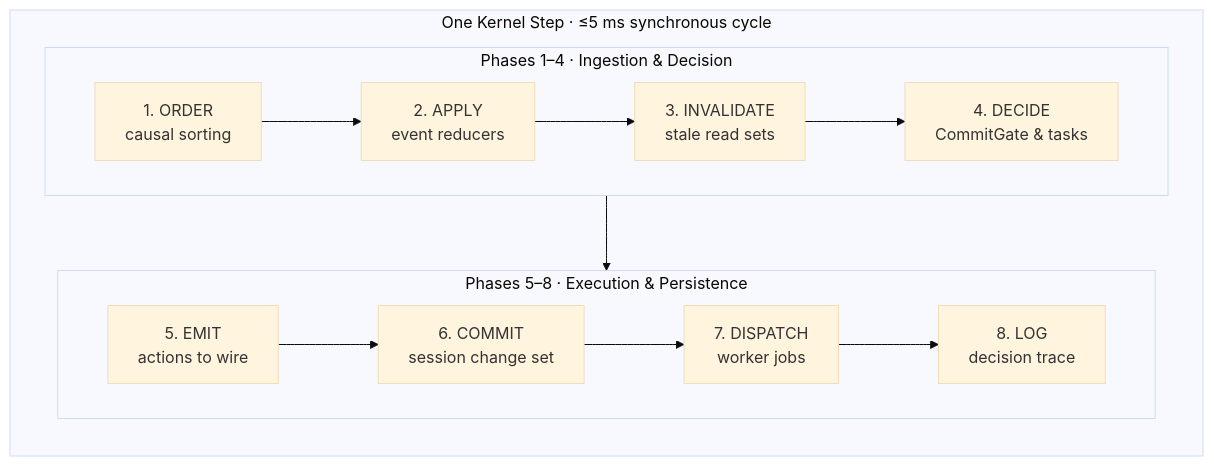
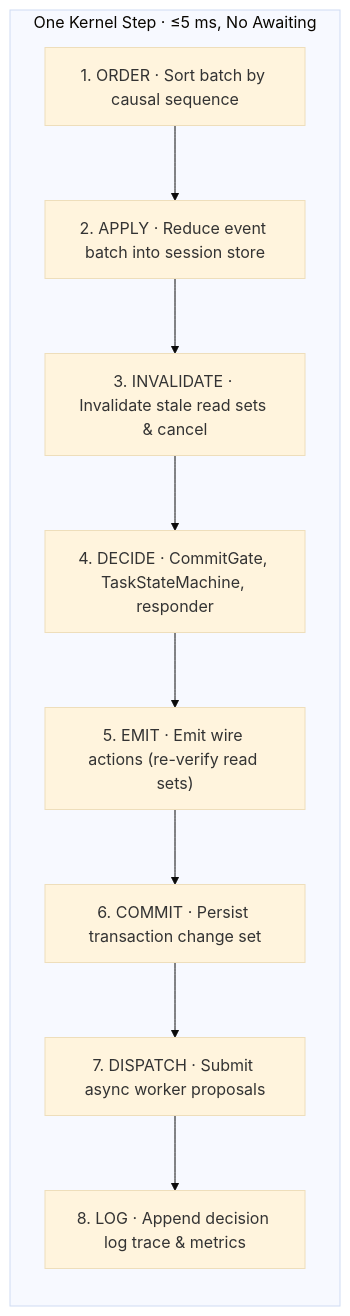
The fifth of 6 diagrams in README.md (AdithyaSanthosh-P/Janus), drawn with Mermaid (base theme) before and after one commit. The commit also changed other lines of this file, not shown here.

Commit message:
Modify the readme to fix diagram rendering issues

````diff
--- a/README.md
+++ b/README.md
@@ -216,19 +224,15 @@
 ```mermaid
 flowchart TB
-    subgraph STEP["One Kernel Step · ≤5 ms synchronous cycle"]
+    subgraph STEP["One Kernel Step · ≤5 ms, No Awaiting"]
         direction TB
-        subgraph ROW1["Phases 1–4 · Ingestion & Decision"]
-            direction LR
-            P1["1. ORDER<br/>causal sorting"] --> P2["2. APPLY<br/>event reducers"]
-            P2 --> P3["3. INVALIDATE<br/>stale read sets"]
-            P3 --> P4["4. DECIDE<br/>CommitGate & tasks"]
-        end
-        subgraph ROW2["Phases 5–8 · Execution & Persistence"]
-            direction LR
-            P5["5. EMIT<br/>actions to wire"] --> P6["6. COMMIT<br/>session change set"]
-            P6 --> P7["7. DISPATCH<br/>worker jobs"]
-            P7 --> P8["8. LOG<br/>decision trace"]
-        end
-        ROW1 --> ROW2
+        P1["1. ORDER · Sort batch by causal sequence"]
+        P2["2. APPLY · Reduce event batch into session store"]
+        P3["3. INVALIDATE · Invalidate stale read sets & cancel"]
+        P4["4. DECIDE · CommitGate, TaskStateMachine, responder"]
+        P5["5. EMIT · Emit wire actions (re-verify read sets)"]
+        P6["6. COMMIT · Persist transaction change set"]
+        P7["7. DISPATCH · Submit async worker proposals"]
+        P8["8. LOG · Append decision log trace & metrics"]
+        P1 --> P2 --> P3 --> P4 --> P5 --> P6 --> P7 --> P8
     end
 ```
````
